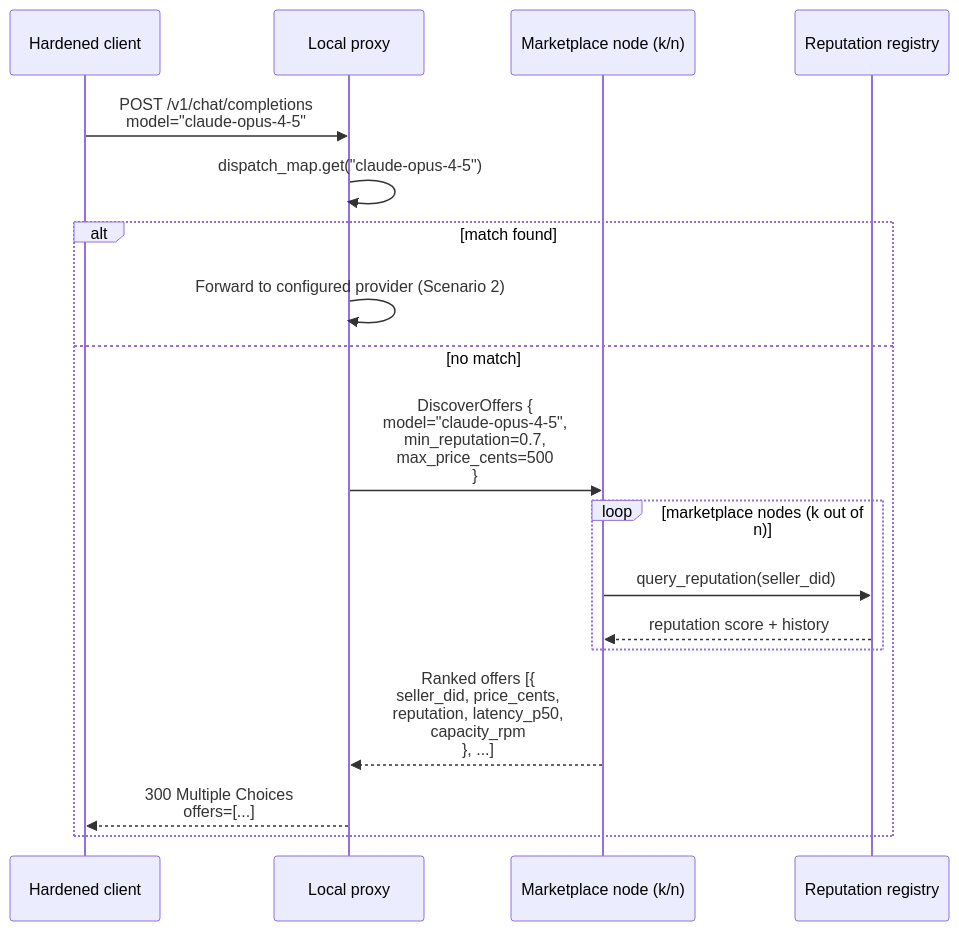
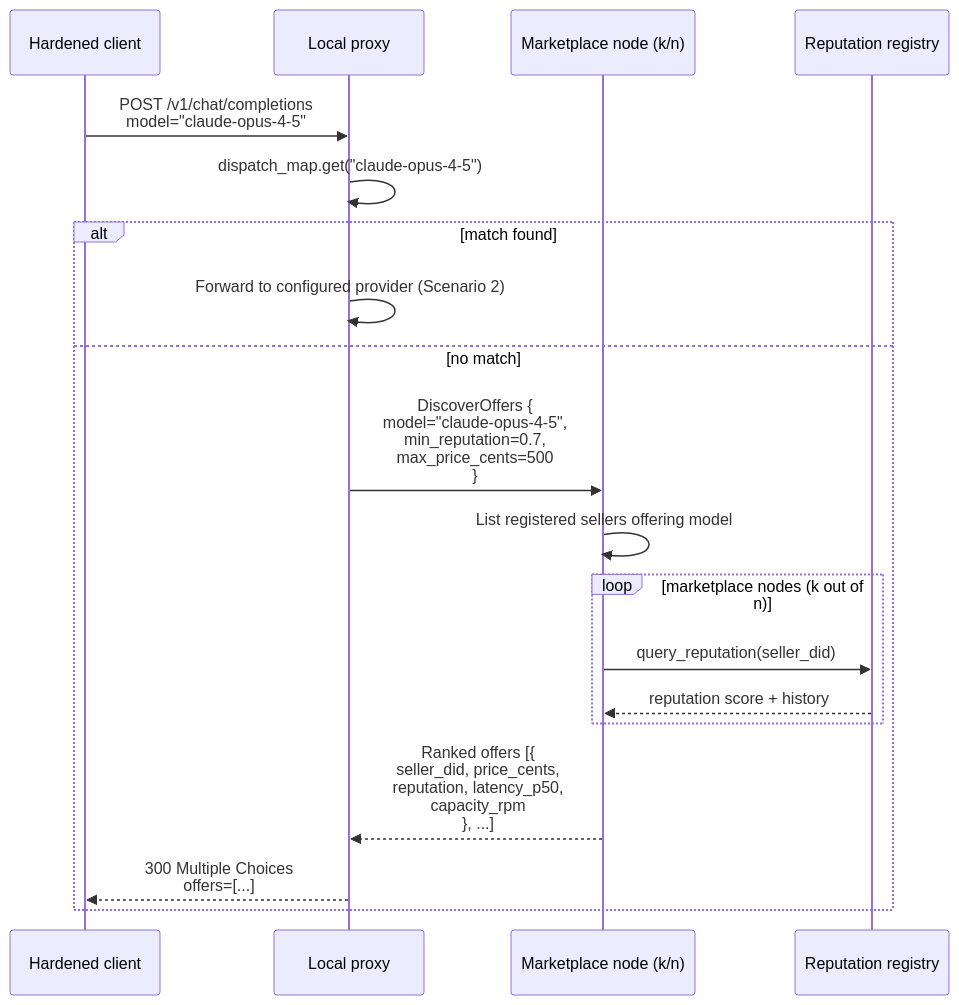
The sixth of 14 diagrams in docs/architecture/end-to-end-scenarios.md (CipherOcto/cipherocto), drawn with Mermaid before and after one commit. The commit also changed other lines of this file, not shown here.

````diff
--- a/docs/architecture/end-to-end-scenarios.md
+++ b/docs/architecture/end-to-end-scenarios.md
@@ -266,21 +270,22 @@
 ```mermaid
 sequenceDiagram
     participant C as Hardened client
     participant P as Local proxy
     participant MK as Marketplace node (k/n)
-    participant R as Reputation registry
+    participant RR as Reputation registry
 
     C->>P: POST /v1/chat/completions<br/>model="claude-opus-4-5"
     P->>P: dispatch_map.get("claude-opus-4-5")
     alt match found
         P->>P: Forward to configured provider (Scenario 2)
     else no match
         P->>MK: DiscoverOffers {<br/>  model="claude-opus-4-5",<br/>  min_reputation=0.7,<br/>  max_price_cents=500<br/>}
+        MK->>MK: List registered sellers offering model
         loop marketplace nodes (k out of n)
-            MK->>R: query_reputation(seller_did)
-            R-->>MK: reputation score + history
+            MK->>RR: query_reputation(seller_did)
+            RR-->>MK: reputation score + history
         end
         MK-->>P: Ranked offers [{<br/>  seller_did, price_cents,<br/>  reputation, latency_p50,<br/>  capacity_rpm<br/>}, ...]
         P-->>C: 300 Multiple Choices<br/>offers=[...]
     end
 ```
````
